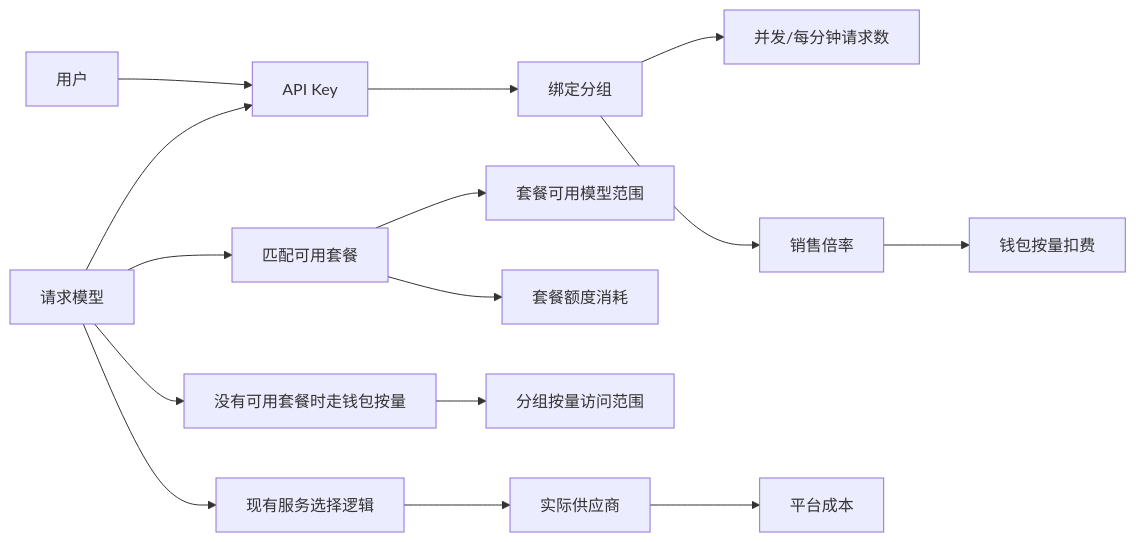
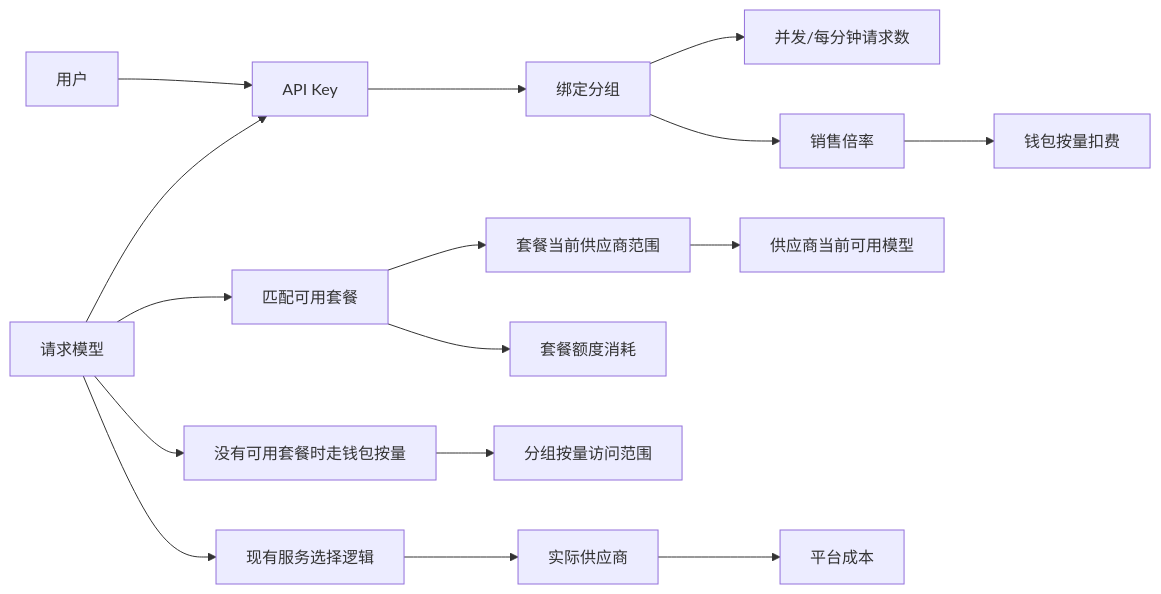
One commit to ryfineZ/Niffler changed the first of 4 diagrams in docs/architecture/group-api-key-pricing-plan-design.md. Above: the diagram before and after it, drawn with Mermaid. The commit also changed other lines of this file and 24 other files, not shown here.

````diff
--- a/docs/architecture/group-api-key-pricing-plan-design.md
+++ b/docs/architecture/group-api-key-pricing-plan-design.md
@@ -53,17 +53,18 @@
 ```mermaid
 flowchart LR
   User[用户] --> Key[API Key]
   Key --> Group[绑定分组]
   Group --> Limit[并发/每分钟请求数]
   Group --> Sales[销售倍率]
   Request[请求模型] --> Key
   Request --> PackageCheck[匹配可用套餐]
-  PackageCheck --> PackageModels[套餐可用模型范围]
+  PackageCheck --> PackageProviders[套餐当前供应商范围]
+  PackageProviders --> PackageModels[供应商当前可用模型]
   PackageCheck --> PackageCharge[套餐额度消耗]
   Request --> PayAsYouGo[没有可用套餐时走钱包按量]
   PayAsYouGo --> GroupAccess[分组按量访问范围]
   Request --> Scheduler[现有服务选择逻辑]
   Scheduler --> Provider[实际供应商]
   Sales --> WalletCharge[钱包按量扣费]
   Provider --> Cost[平台成本]
 ```
````
